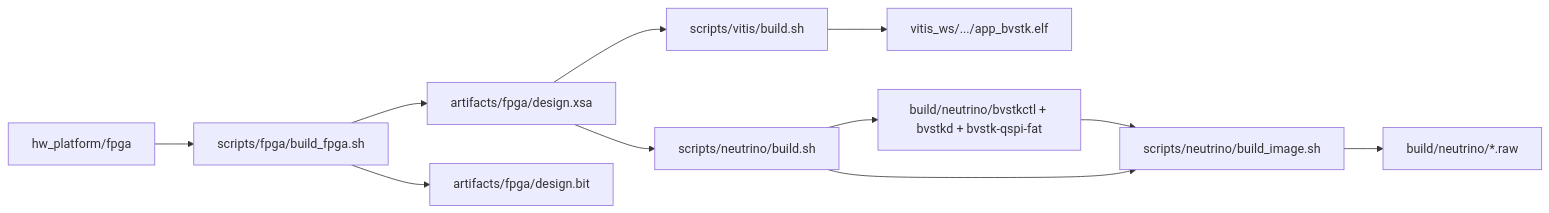
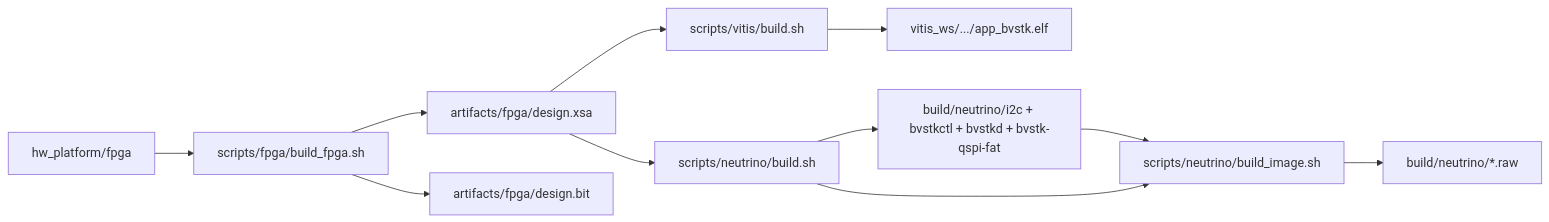
The first of 2 diagrams in docs/dev/build.md (igtrefilov/bvstk), drawn with Mermaid before and after one commit. The commit also changed other lines of this file and 46 other files, not shown here.

````diff
--- a/docs/dev/build.md
+++ b/docs/dev/build.md
@@ -23,13 +23,13 @@
 ```mermaid
 flowchart LR
     HW[hw_platform/fpga] --> Vivado[scripts/fpga/build_fpga.sh]
     Vivado --> XSA[artifacts/fpga/design.xsa]
     Vivado --> BIT[artifacts/fpga/design.bit]
     XSA --> Vitis[scripts/vitis/build.sh]
     Vitis --> ELF[vitis_ws/.../app_bvstk.elf]
     XSA --> NBuild[scripts/neutrino/build.sh]
-    NBuild --> Apps[build/neutrino/bvstkctl + bvstkd + bvstk-qspi-fat]
+    NBuild --> Apps[build/neutrino/i2c + bvstkctl + bvstkd + bvstk-qspi-fat]
     Apps --> Image[scripts/neutrino/build_image.sh]
     NBuild --> Image
     Image --> IFS[build/neutrino/*.raw]
 ```
````
